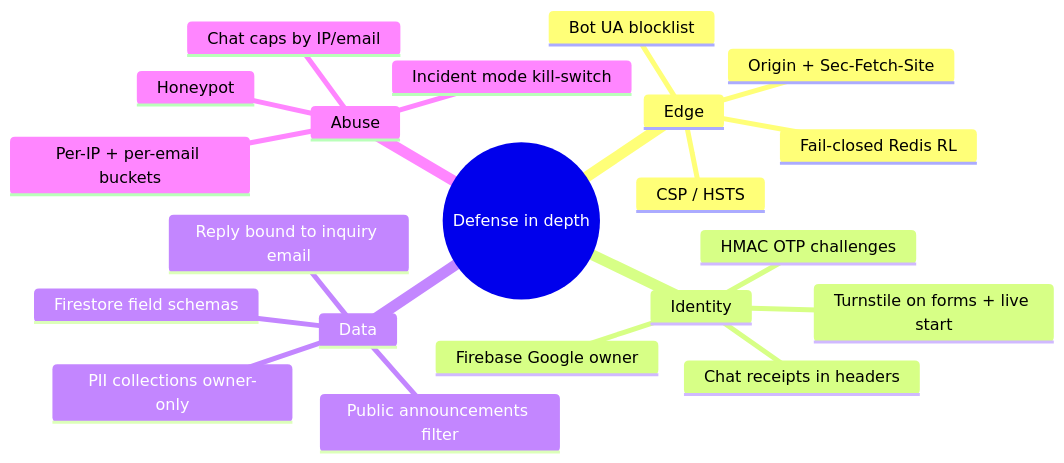
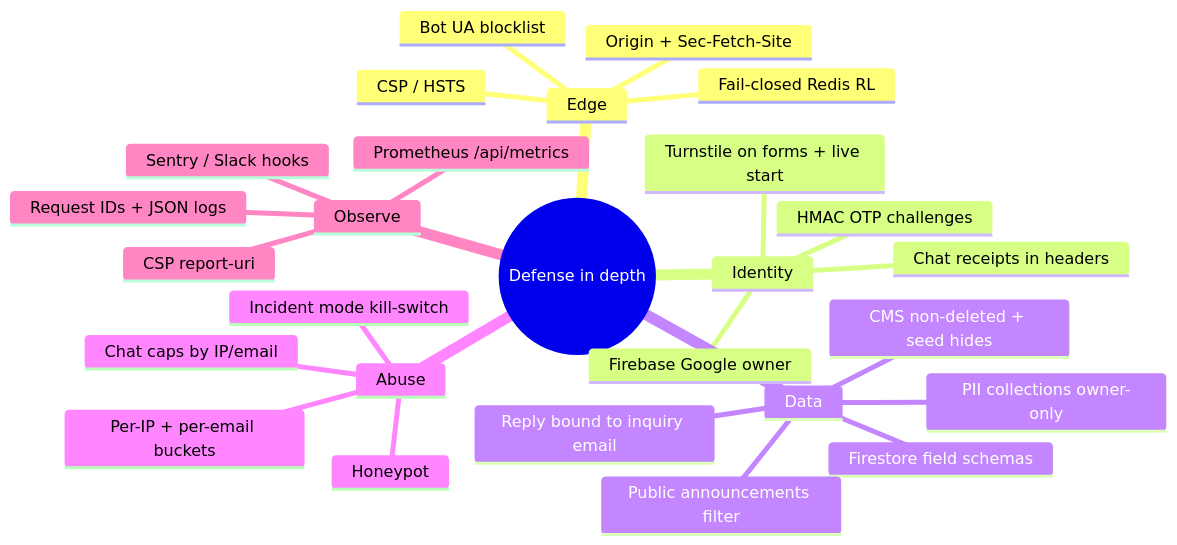
Before and after one commit to mosufyan/sufyan-portfolio: the seventh of 7 diagrams in docs/ARCHITECTURE.md, drawn with Mermaid. The commit also changed other lines of this file and 19 other files, not shown here.

````diff
--- a/docs/ARCHITECTURE.md
+++ b/docs/ARCHITECTURE.md
@@ -241,24 +294,30 @@
 ```mermaid
 mindmap
   root((Defense in depth))
     Edge
       CSP / HSTS
       Origin + Sec-Fetch-Site
       Bot UA blocklist
       Fail-closed Redis RL
     Identity
       Firebase Google owner
       HMAC OTP challenges
       Chat receipts in headers
       Turnstile on forms + live start
     Data
       Firestore field schemas
       PII collections owner-only
       Public announcements filter
+      CMS non-deleted + seed hides
       Reply bound to inquiry email
     Abuse
       Honeypot
       Per-IP + per-email buckets
       Chat caps by IP/email
       Incident mode kill-switch
+    Observe
+      Request IDs + JSON logs
+      Prometheus /api/metrics
+      CSP report-uri
+      Sentry / Slack hooks
 ```
````
